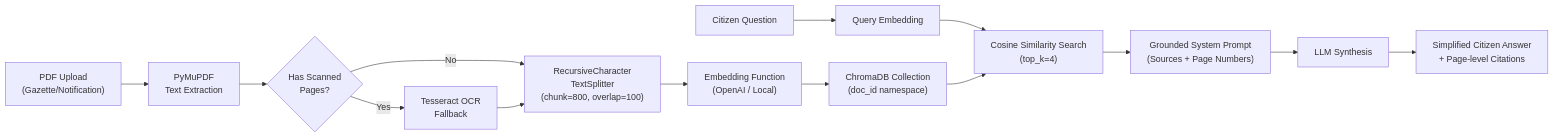
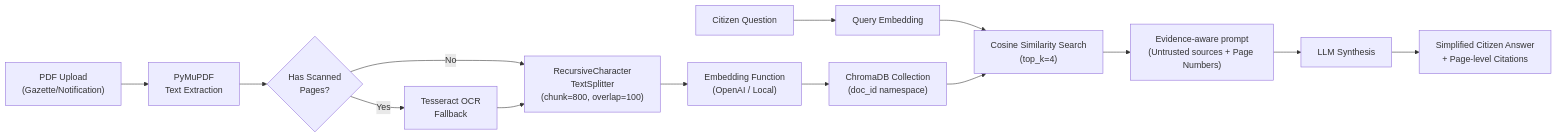
The third of 3 diagrams in ARCHITECTURE.md (jaswanth1805/Jansahayak-AI), drawn with Mermaid before and after one commit. The commit also changed other lines of this file and 38 other files, not shown here.

````diff
--- a/ARCHITECTURE.md
+++ b/ARCHITECTURE.md
@@ -167,17 +164,17 @@
 ```mermaid
 flowchart LR
     Upload["PDF Upload\n(Gazette/Notification)"] --> Parse["PyMuPDF\nText Extraction"]
     Parse --> OCR{"Has Scanned\nPages?"}
     OCR -- Yes --> Tesseract["Tesseract OCR\nFallback"]
     OCR -- No --> Chunker["RecursiveCharacter\nTextSplitter\n(chunk=800, overlap=100)"]
     Tesseract --> Chunker
     Chunker --> Embed["Embedding Function\n(OpenAI / Local)"]
     Embed --> Index["ChromaDB Collection\n(doc_id namespace)"]
 
     Query["Citizen Question"] --> QueryEmbed["Query Embedding"]
     QueryEmbed --> Search["Cosine Similarity Search\n(top_k=4)"]
     Index --> Search
-    Search --> Grounded["Grounded System Prompt\n(Sources + Page Numbers)"]
+    Search --> Grounded["Evidence-aware prompt\n(Untrusted sources + Page Numbers)"]
     Grounded --> LLM["LLM Synthesis"]
     LLM --> Result["Simplified Citizen Answer\n+ Page-level Citations"]
 ```
````
